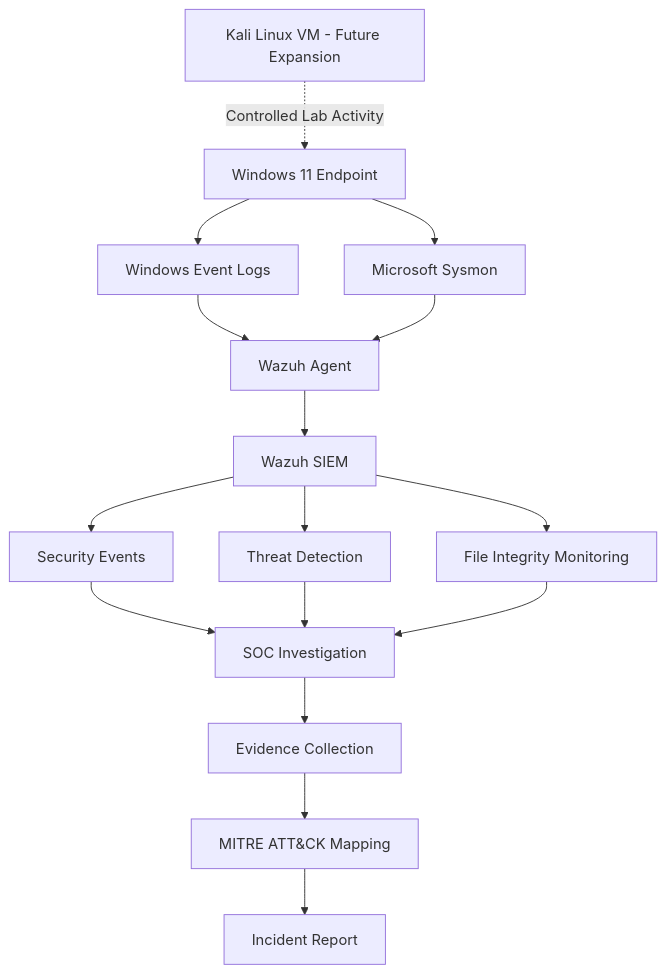
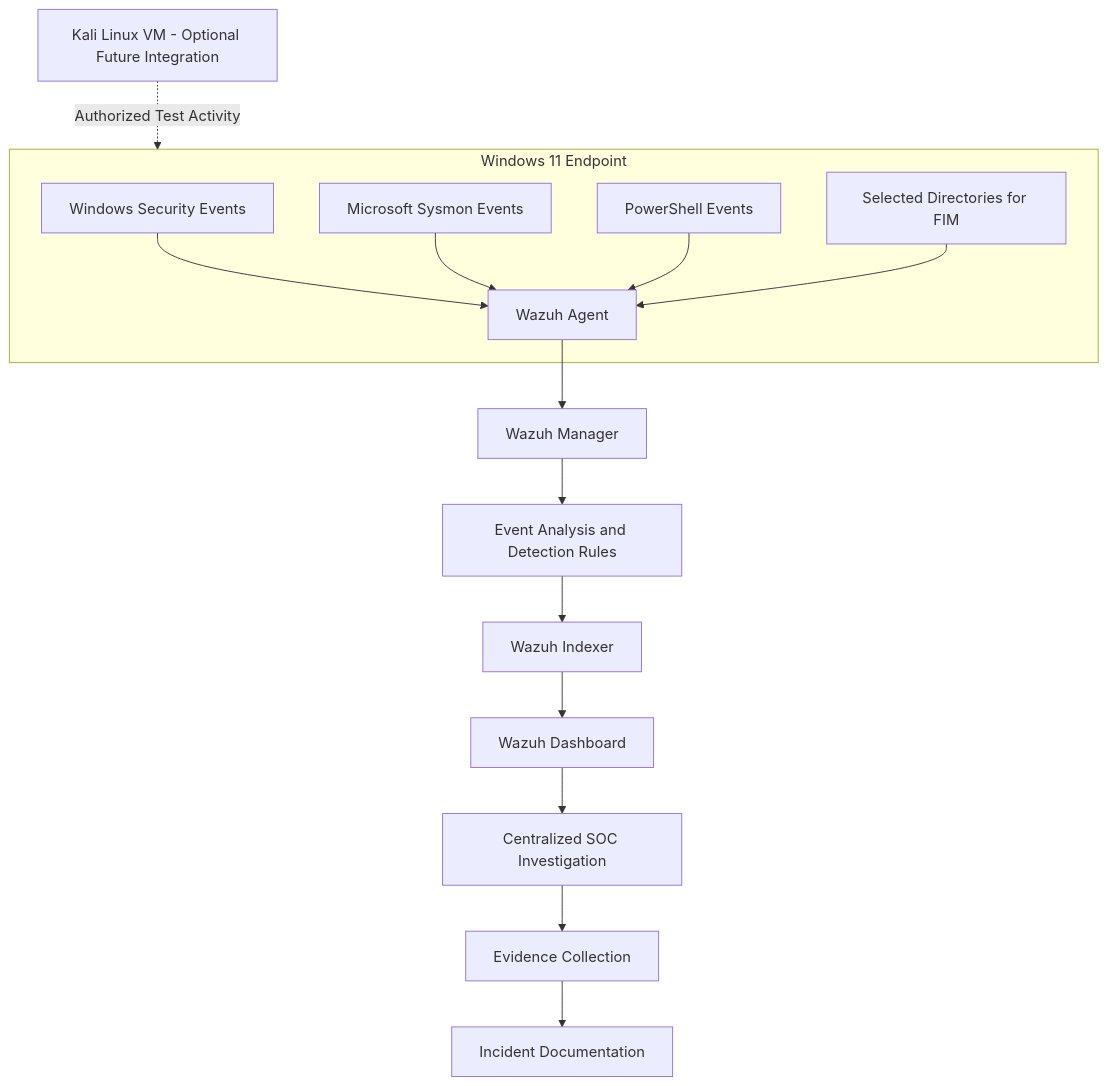
Before and after one commit to geenuthperera/HomeSOC-Lab: the second of 2 diagrams in Architecture/README.md, drawn with Mermaid. The commit also changed other lines of this file, not shown here.

Commit message:
Update HomeSOC architecture with implemented and planned environments

````diff
--- a/Architecture/README.md
+++ b/Architecture/README.md
@@ -14,25 +166,29 @@
 ```mermaid
 flowchart TD
 
-    A["Windows 11 Endpoint"] --> B["Windows Event Logs"]
-    A --> C["Microsoft Sysmon"]
+    subgraph ENDPOINT["Windows 11 Endpoint"]
+        A["Windows Security Events"]
+        B["Microsoft Sysmon Events"]
+        C["PowerShell Events"]
+        D["Selected Directories for FIM"]
+        E["Wazuh Agent"]
 
-    B --> D["Wazuh Agent"]
-    C --> D
+        A --> E
+        B --> E
+        C --> E
+        D --> E
+    end
 
-    D --> E["Wazuh SIEM"]
+    E --> F["Wazuh Manager"]
 
-    E --> F["Security Events"]
-    E --> G["Threat Detection"]
-    E --> H["File Integrity Monitoring"]
+    F --> G["Event Analysis and Detection Rules"]
+    G --> H["Wazuh Indexer"]
+    H --> I["Wazuh Dashboard"]
 
-    F --> I["SOC Investigation"]
-    G --> I
-    H --> I
+    I --> J["Centralized SOC Investigation"]
+    J --> K["Evidence Collection"]
+    K --> L["Incident Documentation"]
 
-    I --> J["Evidence Collection"]
-    J --> K["MITRE ATT&CK Mapping"]
-    K --> L["Incident Report"]
-
-    M["Kali Linux VM - Future Expansion"] -. "Controlled Lab Activity" .-> A
+    M["Kali Linux VM - Optional Future Integration"]
+    M -.->|"Authorized Test Activity"| ENDPOINT
 ```
````
